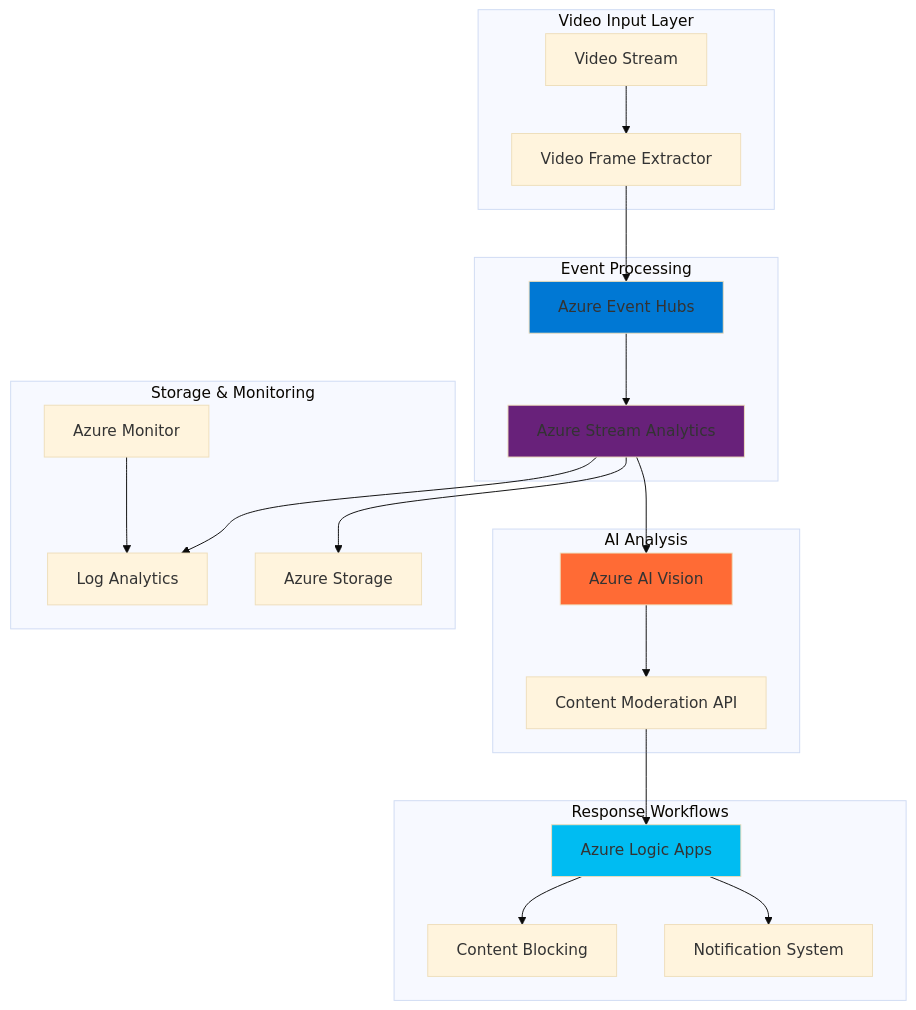
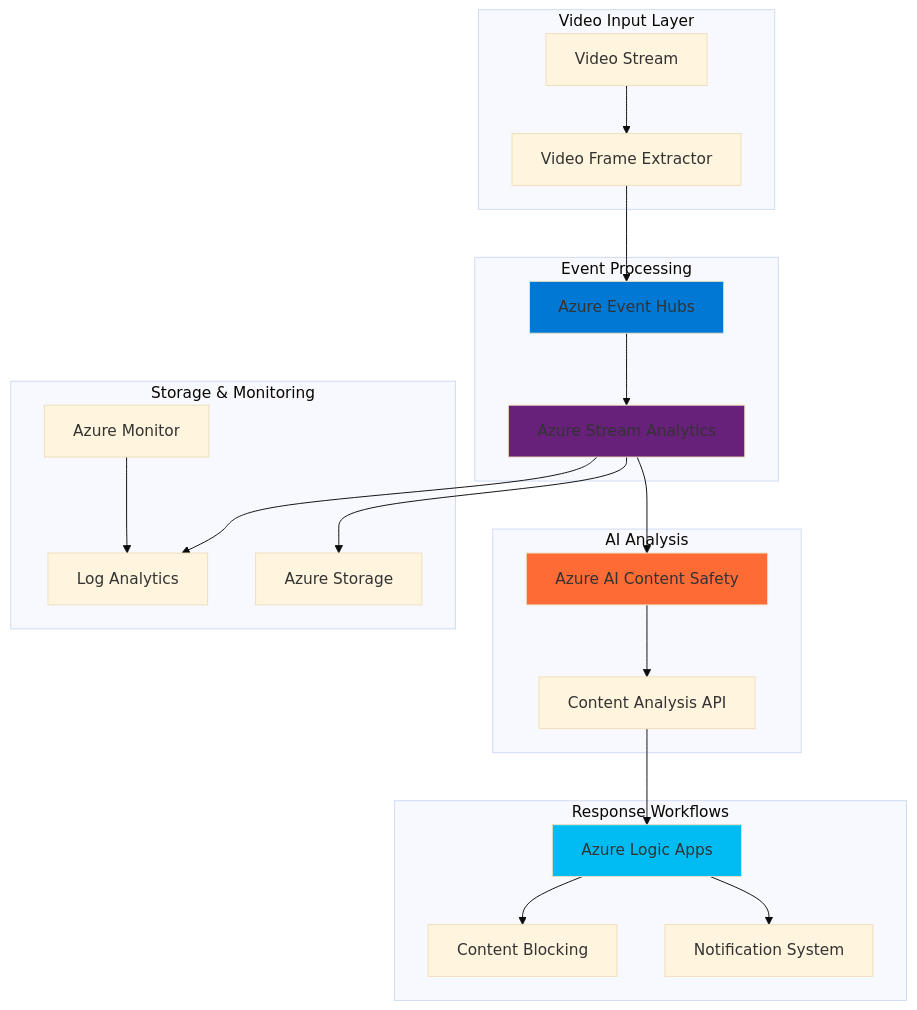
One commit to mzazon/awesome-cloud-projects changed the diagram in azure/scalable-video-content-moderation/scalable-video-content-moderation.md. Above: the diagram before and after it, drawn with Mermaid (base theme). The commit also changed other lines of this file and 5581 other files, not shown here.

````diff
--- a/azure/scalable-video-content-moderation/scalable-video-content-moderation.md
+++ b/azure/scalable-video-content-moderation/scalable-video-content-moderation.md
@@ -30,46 +30,46 @@
 ```mermaid
 graph TB
     subgraph "Video Input Layer"
         VS[Video Stream]
         VE[Video Frame Extractor]
     end
     
     subgraph "Event Processing"
         EH[Azure Event Hubs]
         SA[Azure Stream Analytics]
     end
     
     subgraph "AI Analysis"
-        AIV[Azure AI Vision]
-        CM[Content Moderation API]
+        ACS[Azure AI Content Safety]
+        API[Content Analysis API]
     end
     
     subgraph "Response Workflows"
         LA[Azure Logic Apps]
         NOTIF[Notification System]
         BLOCK[Content Blocking]
     end
     
     subgraph "Storage & Monitoring"
         ST[Azure Storage]
         LOG[Log Analytics]
         MON[Azure Monitor]
     end
     
     VS-->VE
     VE-->EH
     EH-->SA
-    SA-->AIV
-    AIV-->CM
-    CM-->LA
+    SA-->ACS
+    ACS-->API
+    API-->LA
     LA-->NOTIF
     LA-->BLOCK
     SA-->ST
     SA-->LOG
     MON-->LOG
     
-    style AIV fill:#FF6B35
+    style ACS fill:#FF6B35
     style EH fill:#0078D4
     style SA fill:#68217A
     style LA fill:#00BCF2
 ```
````
